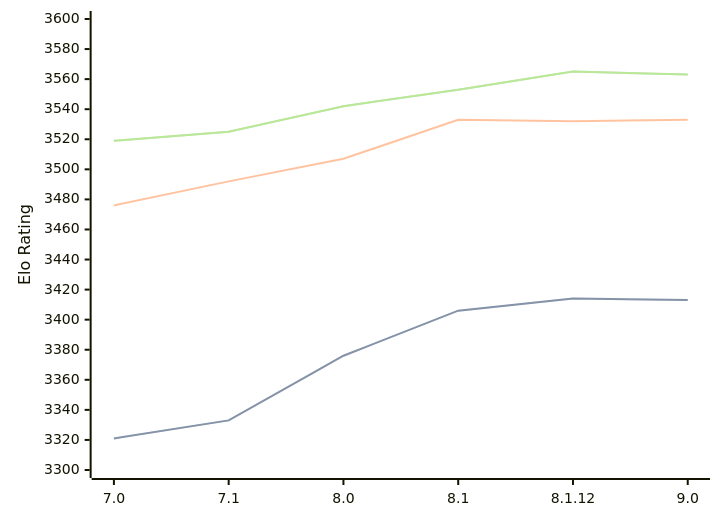
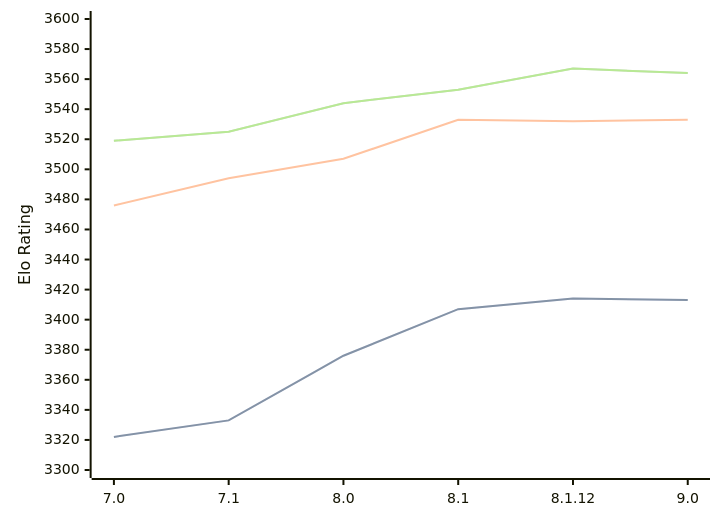
Before and after one commit to computer-chess-index/cci: the diagram in engines/Alexandria.md, drawn with Mermaid. The commit also changed other lines of this file, not shown here.

Commit message:
Update CCI Ratings (ELO VLTC) - 2026-07-20

````diff
--- a/engines/Alexandria.md
+++ b/engines/Alexandria.md
@@ -55,11 +55,11 @@
 ```mermaid
 %%{init: {"theme":"base","themeVariables":{"seriesColors:['#a3a3a3','#222221','#faa371']}}}%%
 xychart-beta
   x-axis ["7.0", "7.1", "8.0", "8.1", "8.1.12", "9.0"]
   y-axis "Elo Rating" 3300 --> 3600
-  line "STC (8.0+0.08s)" [3321, 3333, 3376, 3406, 3414, 3413]
-  line "STC (8.0+0.08s)" [3321, 3333, 3376, 3406, 3414, 3413]
-  line "LTC (60.0+0.60s)" [3476, 3492, 3507, 3533, 3532, 3533]
-  line "VLTC (2m24s+1.12s)" [3519, 3525, 3542, 3553, 3565, 3563]
-  line "VLTC (2m24s+1.12s)" [3519, 3525, 3542, 3553, 3565, 3563]
+  line "STC (8.0+0.08s)" [3322, 3333, 3376, 3407, 3414, 3413]
+  line "STC (8.0+0.08s)" [3322, 3333, 3376, 3407, 3414, 3413]
+  line "LTC (60.0+0.60s)" [3476, 3494, 3507, 3533, 3532, 3533]
+  line "VLTC (2m24s+1.12s)" [3519, 3525, 3544, 3553, 3567, 3564]
+  line "VLTC (2m24s+1.12s)" [3519, 3525, 3544, 3553, 3567, 3564]
 ```
````
